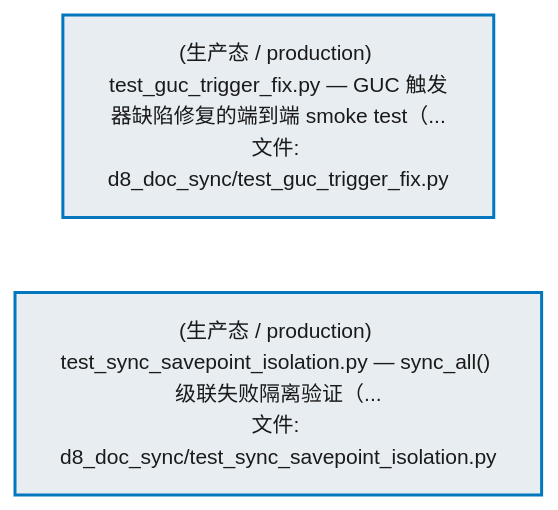
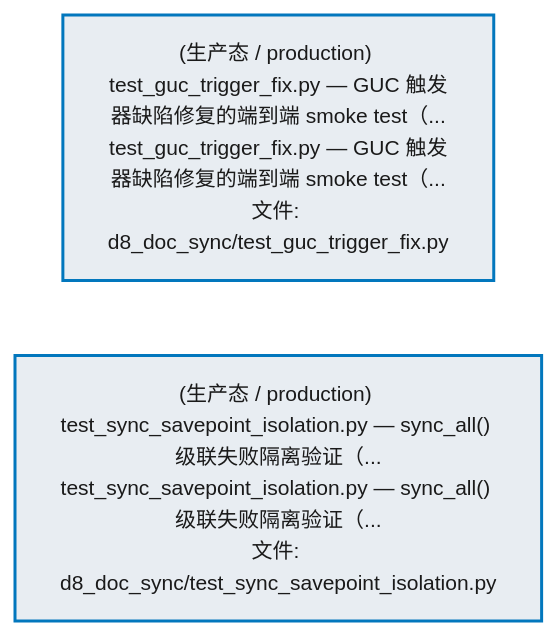
The second of 3 diagrams in docs/02_enterprise_architecture/02_domain_architecture_docs/51_d_gov_docs.md (xuanFelixVan/ZephyrAlpha), drawn with Mermaid before and after one commit. The commit also changed other lines of this file and 80 other files, not shown here.

````diff
--- a/docs/02_enterprise_architecture/02_domain_architecture_docs/51_d_gov_docs.md
+++ b/docs/02_enterprise_architecture/02_domain_architecture_docs/51_d_gov_docs.md
@@ -151,12 +153,12 @@
 ```mermaid
 %%{init: {'theme': 'base', 'themeVariables': {'primaryColor': '#eaeaea', 'primaryTextColor': '#333333', 'primaryBorderColor': '#666666', 'lineColor': '#666666', 'secondaryColor': '#eaeaea', 'tertiaryColor': '#eaeaea', 'fontSize': '14px'}}}%%
 flowchart TD
-    tests_governance_d8_doc_sync_test_guc_trigger_fix_py["(生产态 / production) test_guc_trigger_fix.py — GUC 触发器缺陷修复的端到端 smoke test（...<br/>文件: d8_doc_sync/test_guc_trigger_fix.py"]
-    tests_governance_d8_doc_sync_test_sync_savepoint_isolation_py["(生产态 / production) test_sync_savepoint_isolation.py — sync_all() 级联失败隔离验证（...<br/>文件: d8_doc_sync/test_sync_savepoint_isolation.py"]
+    tests_governance_d8_doc_sync_test_guc_trigger_fix_py["(生产态 / production) test_guc_trigger_fix.py — GUC 触发器缺陷修复的端到端 smoke test（...<br/>test_guc_trigger_fix.py — GUC 触发器缺陷修复的端到端 smoke test（...<br/>文件: d8_doc_sync/test_guc_trigger_fix.py"]
+    tests_governance_d8_doc_sync_test_sync_savepoint_isolation_py["(生产态 / production) test_sync_savepoint_isolation.py — sync_all() 级联失败隔离验证（...<br/>test_sync_savepoint_isolation.py — sync_all() 级联失败隔离验证（...<br/>文件: d8_doc_sync/test_sync_savepoint_isolation.py"]
     tests_governance_d8_doc_sync_test_guc_trigger_fix_py ~~~ tests_governance_d8_doc_sync_test_sync_savepoint_isolation_py
     classDef production fill:#e8edf2,stroke:#0277bd,stroke-width:2px,color:#1a1a1a
     classDef design fill:#f0ebe3,stroke:#bf360c,stroke-width:2px,color:#1a1a1a,stroke-dasharray: 5 5
     classDef external_prod fill:#e8efe9,stroke:#1b5e20,stroke-width:1px,color:#1a1a1a
     classDef external_design fill:#efe5ea,stroke:#880e4f,stroke-width:1px,color:#1a1a1a,stroke-dasharray: 5 5
     class tests_governance_d8_doc_sync_test_guc_trigger_fix_py,tests_governance_d8_doc_sync_test_sync_savepoint_isolation_py production
 ```
````
